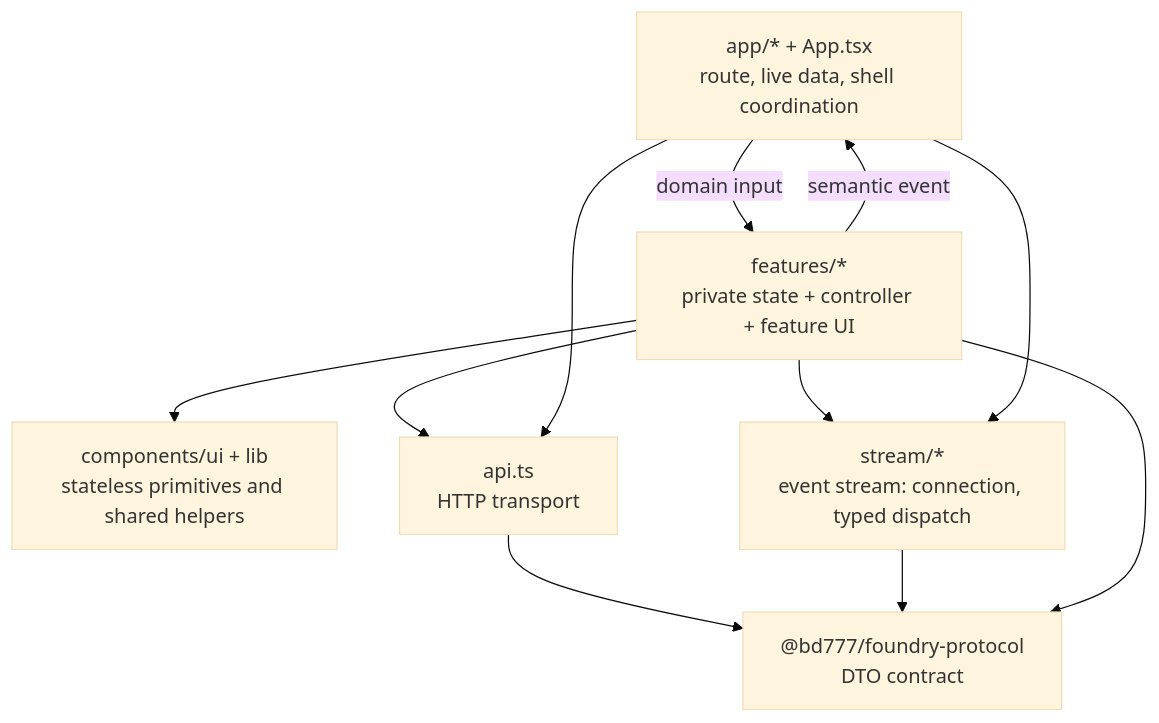
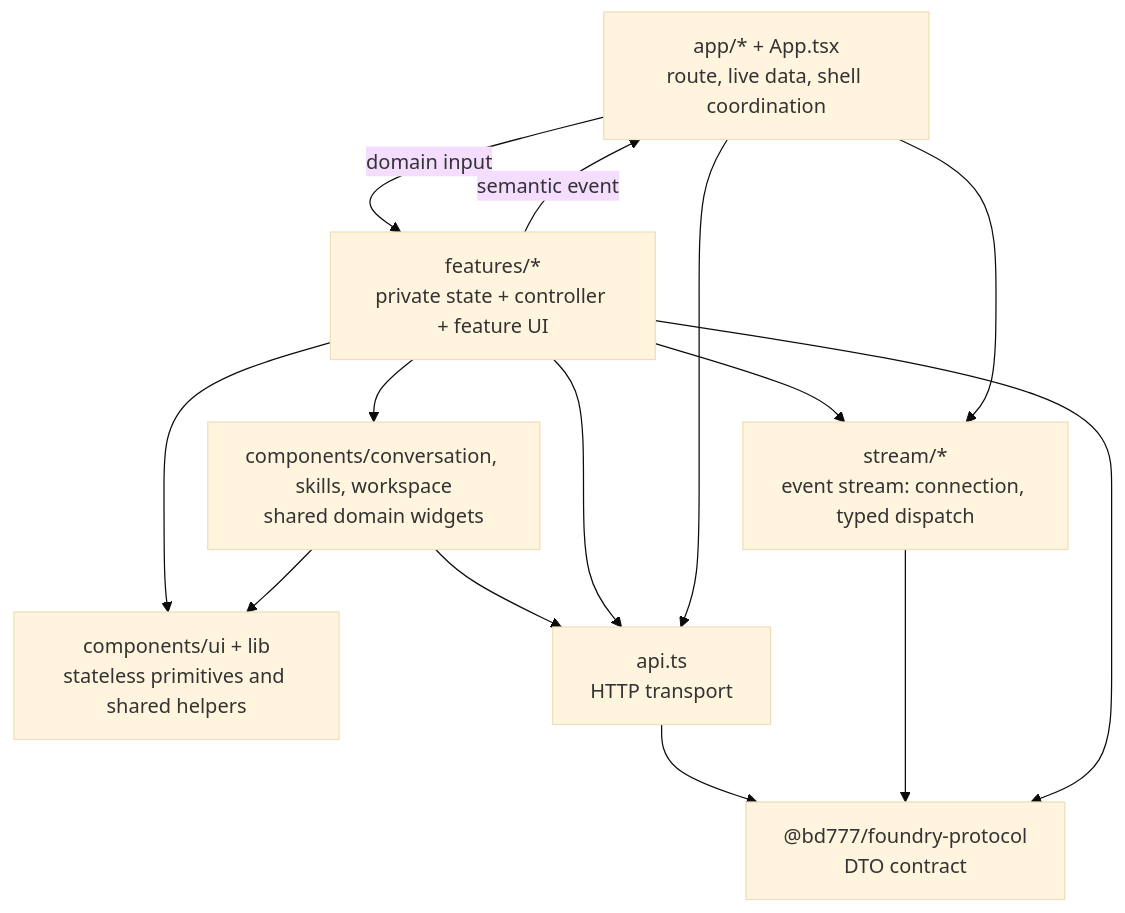
The diagram in apps/web/src/ARCHITECTURE.md (BD777/foundry), drawn with Mermaid (base theme) before and after one commit. The commit also changed other lines of this file and 513 other files, not shown here.

````diff
--- a/apps/web/src/ARCHITECTURE.md
+++ b/apps/web/src/ARCHITECTURE.md
@@ -7,20 +7,24 @@
 ```mermaid
 flowchart TB
   APP["app/* + App.tsx\nroute, live data, shell coordination"]
   FEATURE["features/*\nprivate state + controller + feature UI"]
+  WIDGETS["components/conversation, skills, workspace\nshared domain widgets"]
   SHARED["components/ui + lib\nstateless primitives and shared helpers"]
   API["api.ts\nHTTP transport"]
   STREAM["stream/*\nevent stream: connection, typed dispatch"]
   PROTOCOL["@bd777/foundry-protocol\nDTO contract"]
 
   APP -->|domain input| FEATURE
   FEATURE -->|semantic event| APP
+  FEATURE --> WIDGETS
   FEATURE --> SHARED
+  WIDGETS --> SHARED
+  WIDGETS --> API
   FEATURE --> API
   FEATURE --> STREAM
   APP --> API
   APP --> STREAM
   API --> PROTOCOL
   STREAM --> PROTOCOL
   FEATURE --> PROTOCOL
 ```
````
